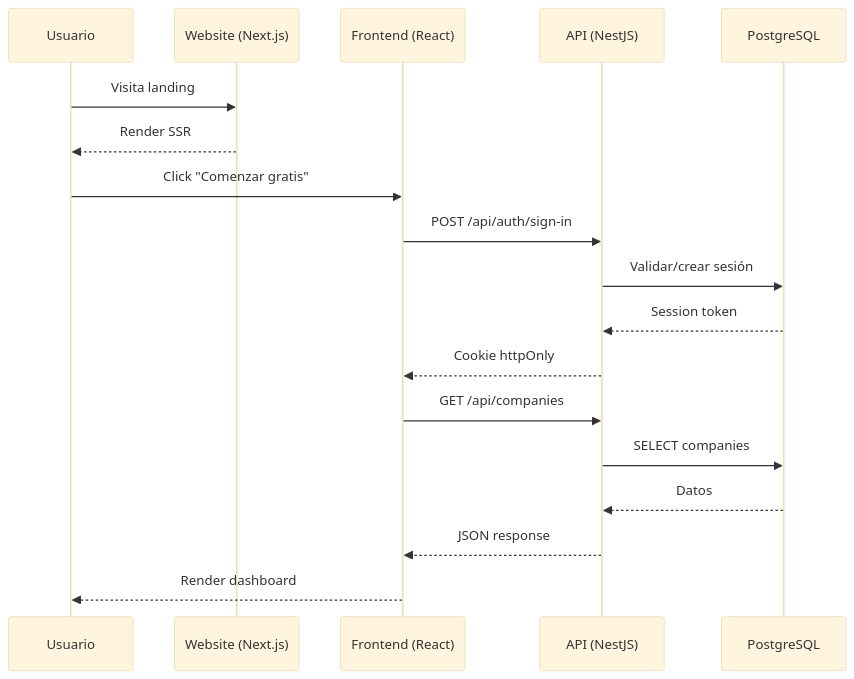
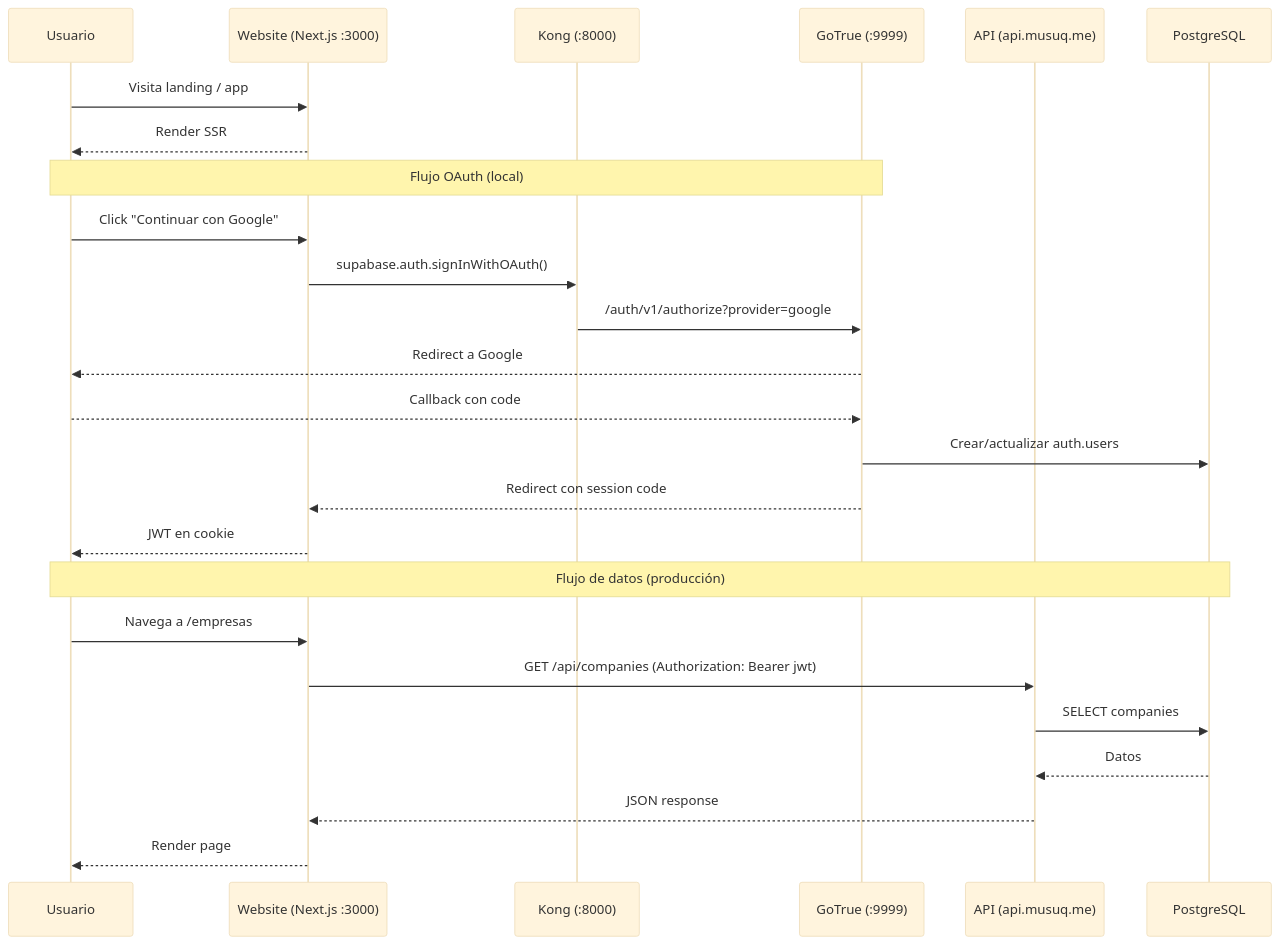
The fourth of 6 diagrams in docs/ARCHITECTURE.md (Mingbling1/CareerWiki), drawn with Mermaid (base theme) before and after one commit. The commit also changed other lines of this file and 89 other files, not shown here.

````diff
--- a/docs/ARCHITECTURE.md
+++ b/docs/ARCHITECTURE.md
@@ -78,21 +151,30 @@
 ```mermaid
 sequenceDiagram
     participant U as Usuario
-    participant W as Website (Next.js)
-    participant F as Frontend (React)
-    participant A as API (NestJS)
+    participant W as Website (Next.js :3000)
+    participant K as Kong (:8000)
+    participant G as GoTrue (:9999)
+    participant A as API (api.musuq.me)
     participant DB as PostgreSQL
 
-    U->>W: Visita landing
+    U->>W: Visita landing / app
     W-->>U: Render SSR
-    U->>F: Click "Comenzar gratis"
-    F->>A: POST /api/auth/sign-in
-    A->>DB: Validar/crear sesión
-    DB-->>A: Session token
-    A-->>F: Cookie httpOnly
-    F->>A: GET /api/companies
+
+    Note over U,G: Flujo OAuth (local)
+    U->>W: Click "Continuar con Google"
+    W->>K: supabase.auth.signInWithOAuth()
+    K->>G: /auth/v1/authorize?provider=google
+    G-->>U: Redirect a Google
+    U-->>G: Callback con code
+    G->>DB: Crear/actualizar auth.users
+    G-->>W: Redirect con session code
+    W-->>U: JWT en cookie
+
+    Note over U,DB: Flujo de datos (producción)
+    U->>W: Navega a /empresas
+    W->>A: GET /api/companies (Authorization: Bearer jwt)
     A->>DB: SELECT companies
     DB-->>A: Datos
-    A-->>F: JSON response
-    F-->>U: Render dashboard
+    A-->>W: JSON response
+    W-->>U: Render page
 ```
````
